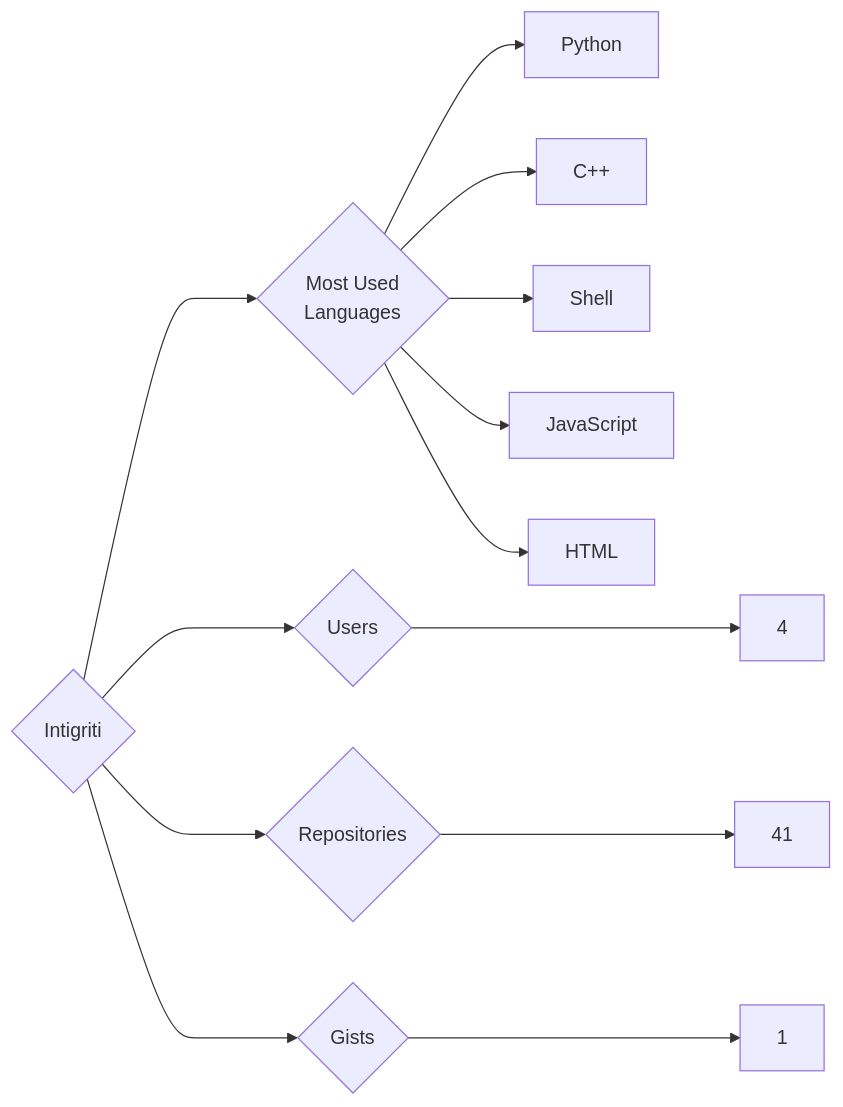
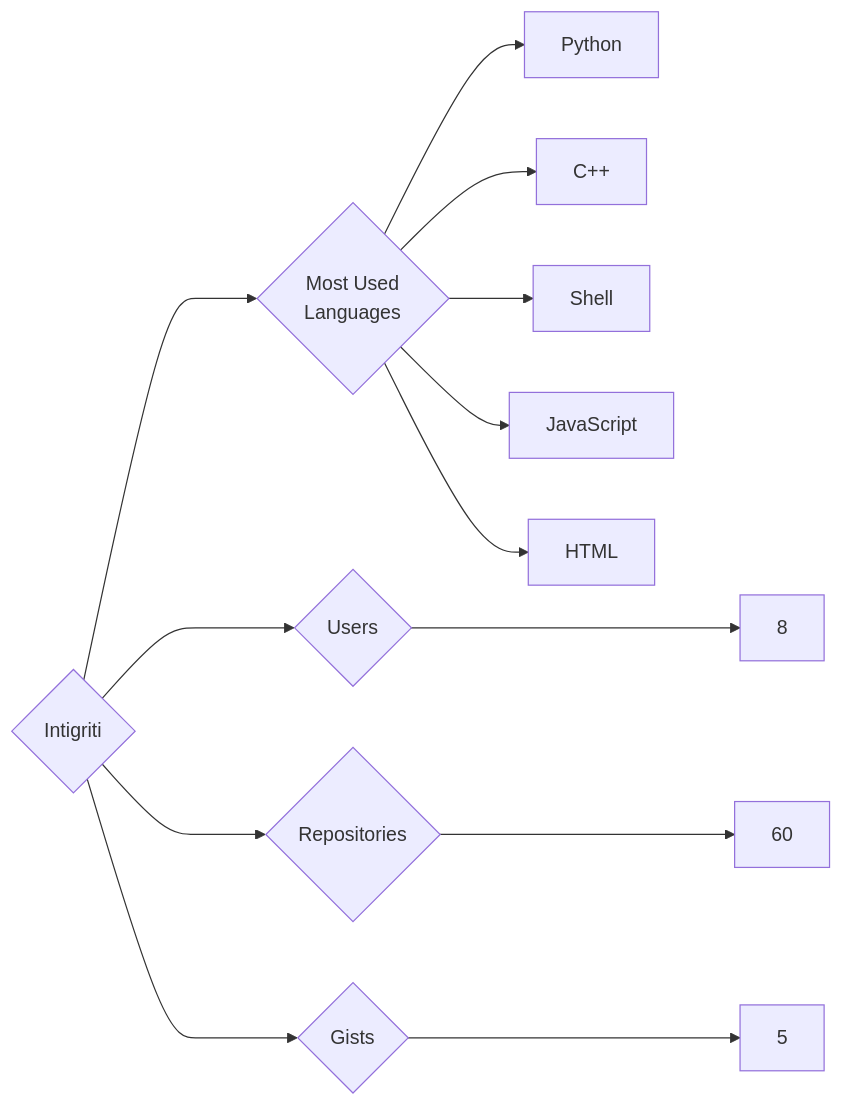
Before and after one commit to trickest/insiders: the diagram in targets/Intigriti/README.md, drawn with Mermaid. The commit also changed 622 other files, not shown here.

````diff
--- a/targets/Intigriti/README.md
+++ b/targets/Intigriti/README.md
@@ -3,13 +3,13 @@
 ```mermaid
 graph LR
 COMPANY_NAME{Intigriti}
-COMPANY_NAME ---> U{Users} ---> UN[4]
-COMPANY_NAME ---> R{Repositories} ---> RN[41]
-COMPANY_NAME ---> G{Gists} ---> GN[1]
+COMPANY_NAME ---> U{Users} ---> UN[8]
+COMPANY_NAME ---> R{Repositories} ---> RN[60]
+COMPANY_NAME ---> G{Gists} ---> GN[5]
 COMPANY_NAME ---> ML{Most Used<br>Languages}
 ML --> Python[Python]
 ML --> C++[C++]
 ML --> Shell[Shell]
 ML --> JavaScript[JavaScript]
 ML --> HTML[HTML]
 ```
````
